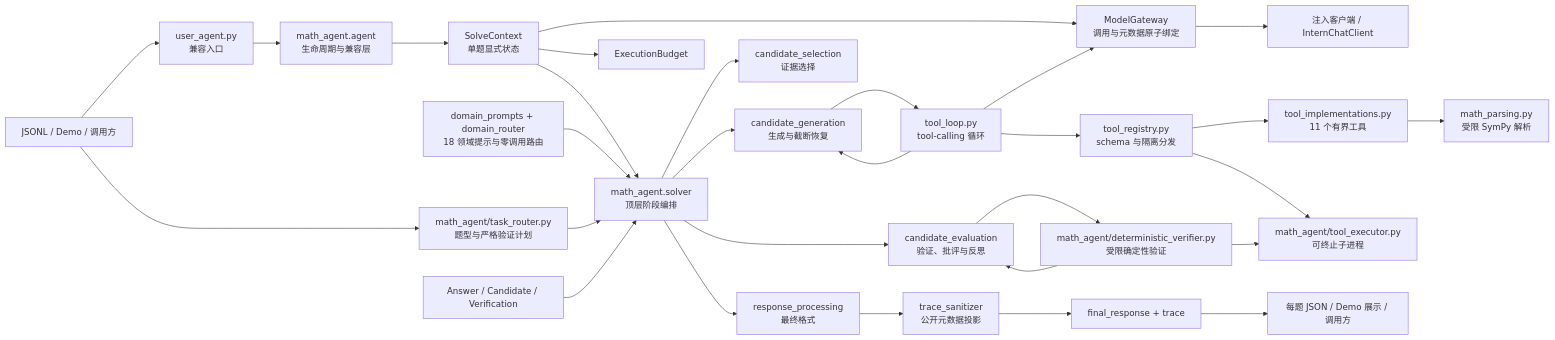
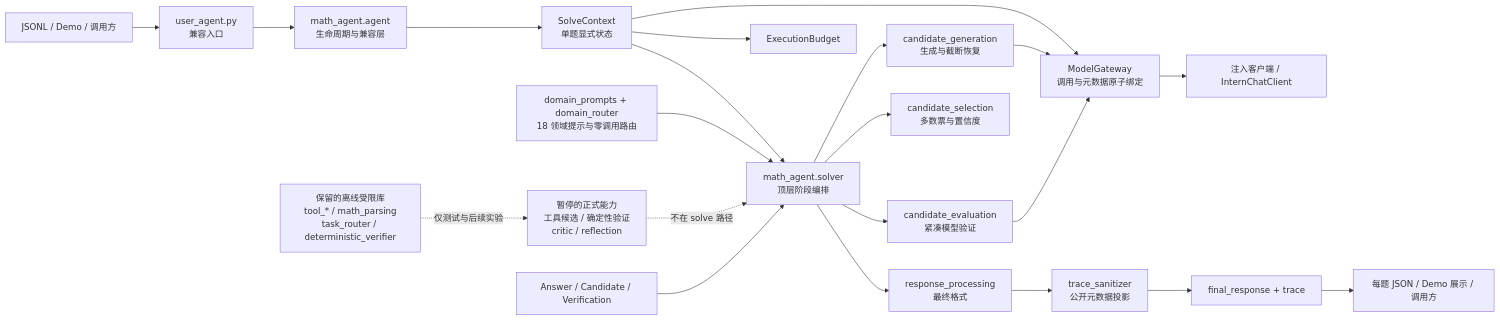
Before and after one commit to huangchen725/math_agent: the diagram in ARCHITECTURE.md, drawn with Mermaid. The commit also changed other lines of this file and 21 other files, not shown here.

````diff
--- a/ARCHITECTURE.md
+++ b/ARCHITECTURE.md
@@ -31,31 +31,23 @@
 ```mermaid
 flowchart LR
     I[JSONL / Demo / 调用方] --> F[user_agent.py<br/>兼容入口]
     F --> A[math_agent.agent<br/>生命周期与兼容层]
     A --> X[SolveContext<br/>单题显式状态]
     X --> S[math_agent.solver<br/>顶层阶段编排]
     S --> N[candidate_generation<br/>生成与截断恢复]
-    S --> V[candidate_evaluation<br/>验证、批评与反思]
-    S --> L[candidate_selection<br/>证据选择]
+    S --> V[candidate_evaluation<br/>紧凑模型验证]
+    S --> L[candidate_selection<br/>多数票与置信度]
     S --> O[response_processing<br/>最终格式]
     X --> G[ModelGateway<br/>调用与元数据原子绑定]
     G --> C[注入客户端 / InternChatClient]
     D[domain_prompts + domain_router<br/>18 领域提示与零调用路由] --> S
-    I --> Q[math_agent/task_router.py<br/>题型与严格验证计划]
-    Q --> S
     X --> B[ExecutionBudget]
-    N --> TL[tool_loop.py<br/>tool-calling 循环]
-    TL --> G
-    TL --> TR[tool_registry.py<br/>schema 与隔离分发]
-    TR --> TI[tool_implementations.py<br/>11 个有界工具]
-    TI --> MP[math_parsing.py<br/>受限 SymPy 解析]
-    TR --> P[math_agent/tool_executor.py<br/>可终止子进程]
-    TL --> N
-    V --> DV[math_agent/deterministic_verifier.py<br/>受限确定性验证]
-    DV --> P
-    DV --> V
+    N --> G
+    V --> G
+    PAUSED[暂停的正式能力<br/>工具候选 / 确定性验证<br/>critic / reflection] -. 不在 solve 路径 .-> S
+    LIB[保留的离线受限库<br/>tool_* / math_parsing<br/>task_router / deterministic_verifier] -. 仅测试与后续实验 .-> PAUSED
     E[Answer / Candidate / Verification] --> S
     O --> TS[trace_sanitizer<br/>公开元数据投影]
     TS --> R[final_response + trace]
     R --> OUT[每题 JSON / Demo 展示 / 调用方]
 ```
````
